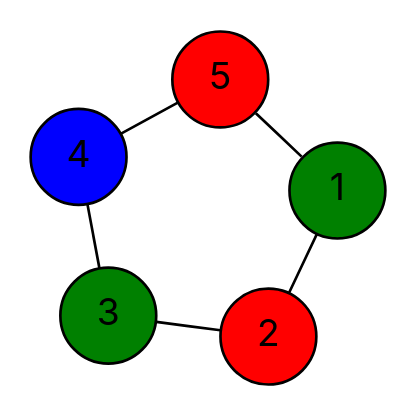
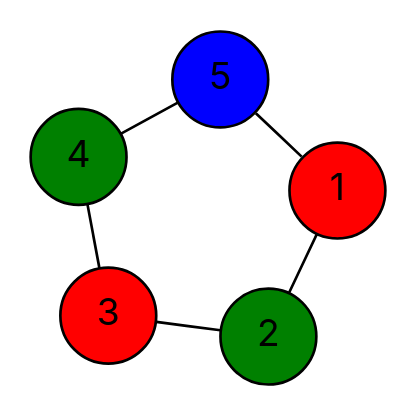
One commit to vercah/vertex-coloring changed the diagram in data/final-dots/easy-03-sequential.dot. Above: the diagram before and after it, drawn with Graphviz. The commit also changed 109 other files, not shown here.

```diff
--- a/data/final-dots/easy-03-sequential.dot
+++ b/data/final-dots/easy-03-sequential.dot
@@ -1,16 +1,16 @@
 graph G {
   layout=neato;
   overlap=false;
   splines=true;
   node [shape=circle, style=filled, fontname=Inter];
-  1 [label="1", fillcolor="green", tooltip="v1 color 1"];
-  2 [label="2", fillcolor="red", tooltip="v2 color 0"];
-  3 [label="3", fillcolor="green", tooltip="v3 color 1"];
-  4 [label="4", fillcolor="blue", tooltip="v4 color 2"];
-  5 [label="5", fillcolor="red", tooltip="v5 color 0"];
+  1 [label="1", fillcolor="red", tooltip="v1 color 0"];
+  2 [label="2", fillcolor="green", tooltip="v2 color 1"];
+  3 [label="3", fillcolor="red", tooltip="v3 color 0"];
+  4 [label="4", fillcolor="green", tooltip="v4 color 1"];
+  5 [label="5", fillcolor="blue", tooltip="v5 color 2"];
   1 -- 2;
   1 -- 5;
   2 -- 3;
   3 -- 4;
   4 -- 5;
 }
```
